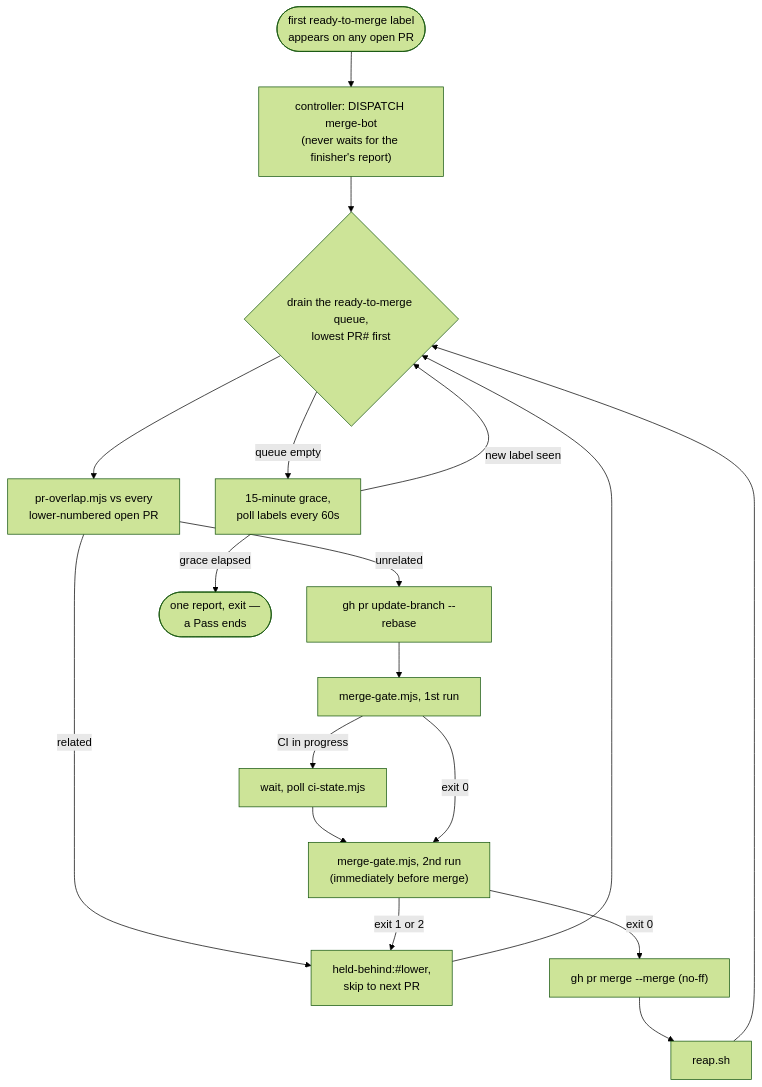
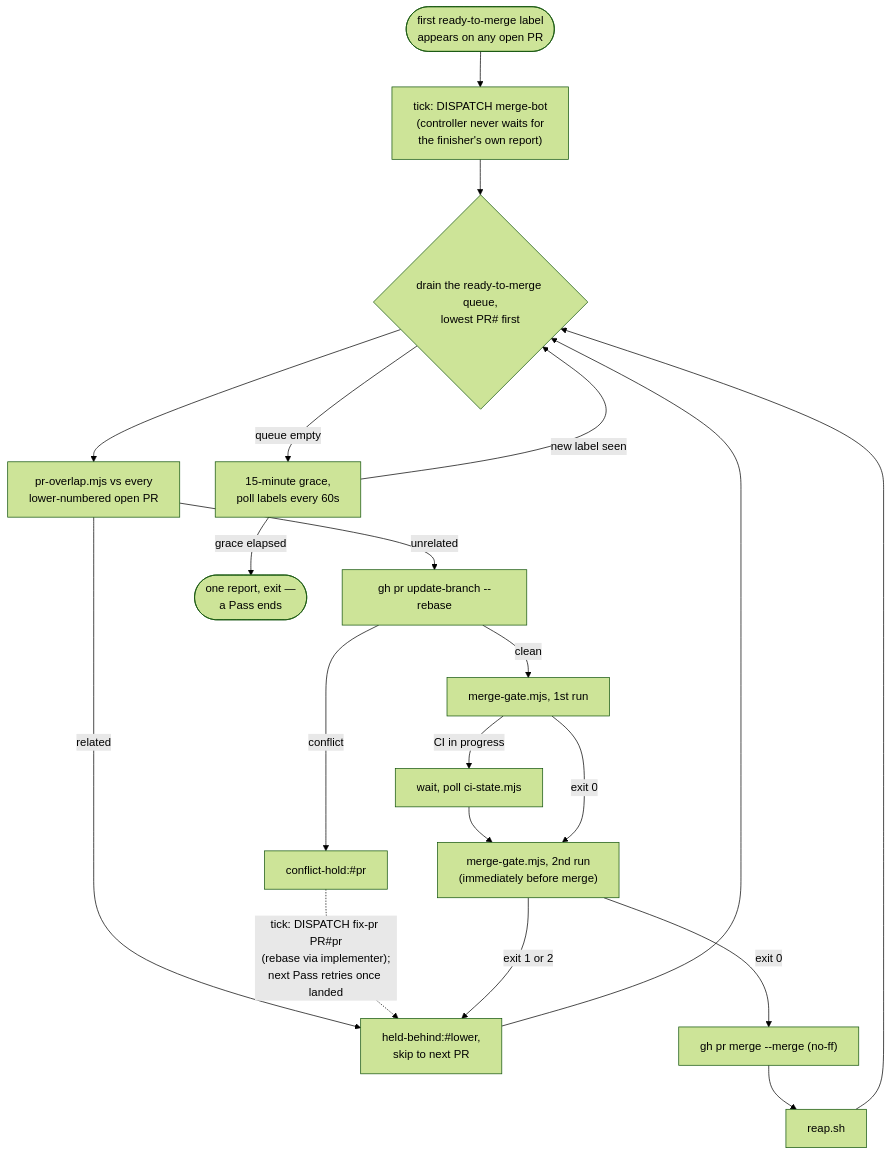
The diagram in docs/components/merge-bot.md (feigi/fleet-plugin), drawn with Mermaid (forest theme) before and after one commit. The commit also changed other lines of this file and 17 other files, not shown here.

Commit message:
docs: conciseness pass on component pages, corrected diagrams

````diff
--- a/docs/components/merge-bot.md
+++ b/docs/components/merge-bot.md
@@ -41,20 +39,22 @@
 ```mermaid
 flowchart TD
-    LABEL(["first ready-to-merge label<br/>appears on any open PR"]) --> DISPATCH["controller: DISPATCH merge-bot<br/>(never waits for the finisher's report)"]
+    LABEL(["first ready-to-merge label<br/>appears on any open PR"]) --> DISPATCH["tick: DISPATCH merge-bot<br/>(controller never waits for<br/>the finisher's own report)"]
     DISPATCH --> DRAIN{"drain the ready-to-merge queue,<br/>lowest PR# first"}
     DRAIN --> HOLD["pr-overlap.mjs vs every<br/>lower-numbered open PR"]
     HOLD -->|"related"| SKIP["held-behind:#lower,<br/>skip to next PR"]
     HOLD -->|"unrelated"| REBASE["gh pr update-branch --rebase"]
-    REBASE --> GATE1["merge-gate.mjs, 1st run"]
+    REBASE -->|"conflict"| CONFLICT["conflict-hold:#pr"]
+    CONFLICT -.->|"tick: DISPATCH fix-pr PR#pr<br/>(rebase via implementer);<br/>next Pass retries once landed"| SKIP
+    REBASE -->|"clean"| GATE1["merge-gate.mjs, 1st run"]
     GATE1 -->|"CI in progress"| WAITCI["wait, poll ci-state.mjs"]
     WAITCI --> GATE2
     GATE1 -->|"exit 0"| GATE2["merge-gate.mjs, 2nd run<br/>(immediately before merge)"]
     GATE2 -->|"exit 0"| MERGE["gh pr merge --merge (no-ff)"]
     GATE2 -->|"exit 1 or 2"| SKIP
     MERGE --> REAP["reap.sh"]
     REAP --> DRAIN
     SKIP --> DRAIN
     DRAIN -->|"queue empty"| GRACE["15-minute grace,<br/>poll labels every 60s"]
     GRACE -->|"new label seen"| DRAIN
     GRACE -->|"grace elapsed"| REPORT(["one report, exit —<br/>a Pass ends"])
 ```
````
